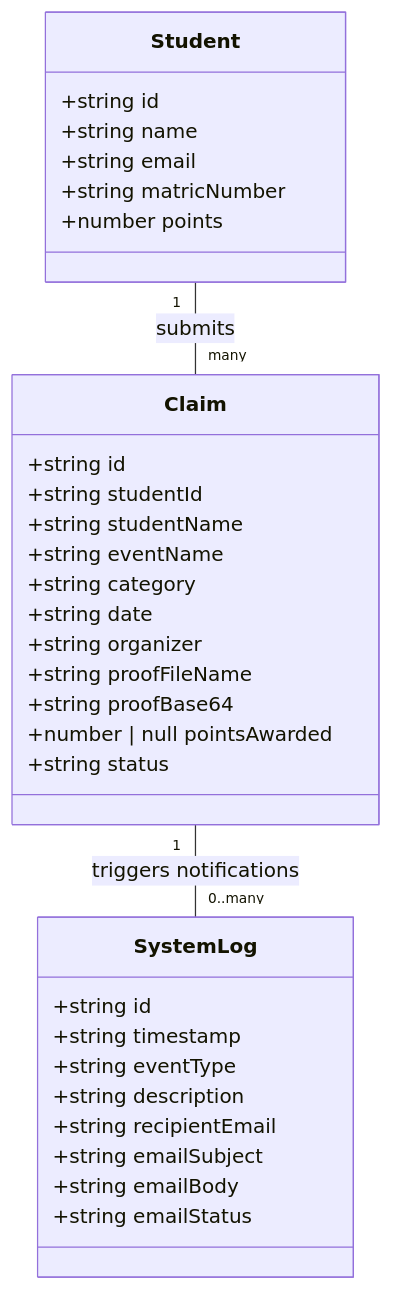
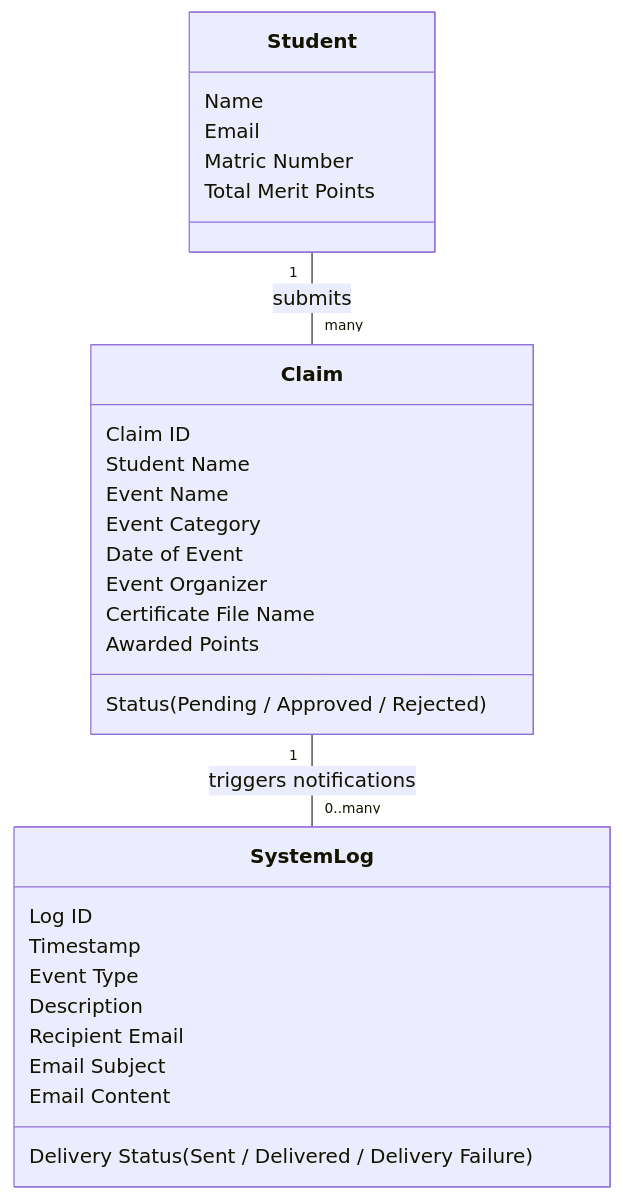
One commit to oscar-chj/mars changed the second of 3 diagrams in docs/documentation.md. Above: the diagram before and after it, drawn with Mermaid. The commit also changed other lines of this file and 3 other files, not shown here.

````diff
--- a/docs/documentation.md
+++ b/docs/documentation.md
@@ -95,38 +94,35 @@
 ```mermaid
 classDiagram
   class Student {
-    +string id
-    +string name
-    +string email
-    +string matricNumber
-    +number points
+    Name
+    Email
+    Matric Number
+    Total Merit Points
   }
   
   class Claim {
-    +string id
-    +string studentId
-    +string studentName
-    +string eventName
-    +string category
-    +string date
-    +string organizer
-    +string proofFileName
-    +string proofBase64
-    +number | null pointsAwarded
-    +string status
+    Claim ID
+    Student Name
+    Event Name
+    Event Category
+    Date of Event
+    Event Organizer
+    Certificate File Name
+    Awarded Points
+    Status (Pending / Approved / Rejected)
   }
   
   class SystemLog {
-    +string id
-    +string timestamp
-    +string eventType
-    +string description
-    +string recipientEmail
-    +string emailSubject
-    +string emailBody
-    +string emailStatus
+    Log ID
+    Timestamp
+    Event Type
+    Description
+    Recipient Email
+    Email Subject
+    Email Content
+    Delivery Status (Sent / Delivered / Delivery Failure)
   }
   
   Student "1" -- "many" Claim : submits
   Claim "1" -- "0..many" SystemLog : triggers notifications
 ```
````
